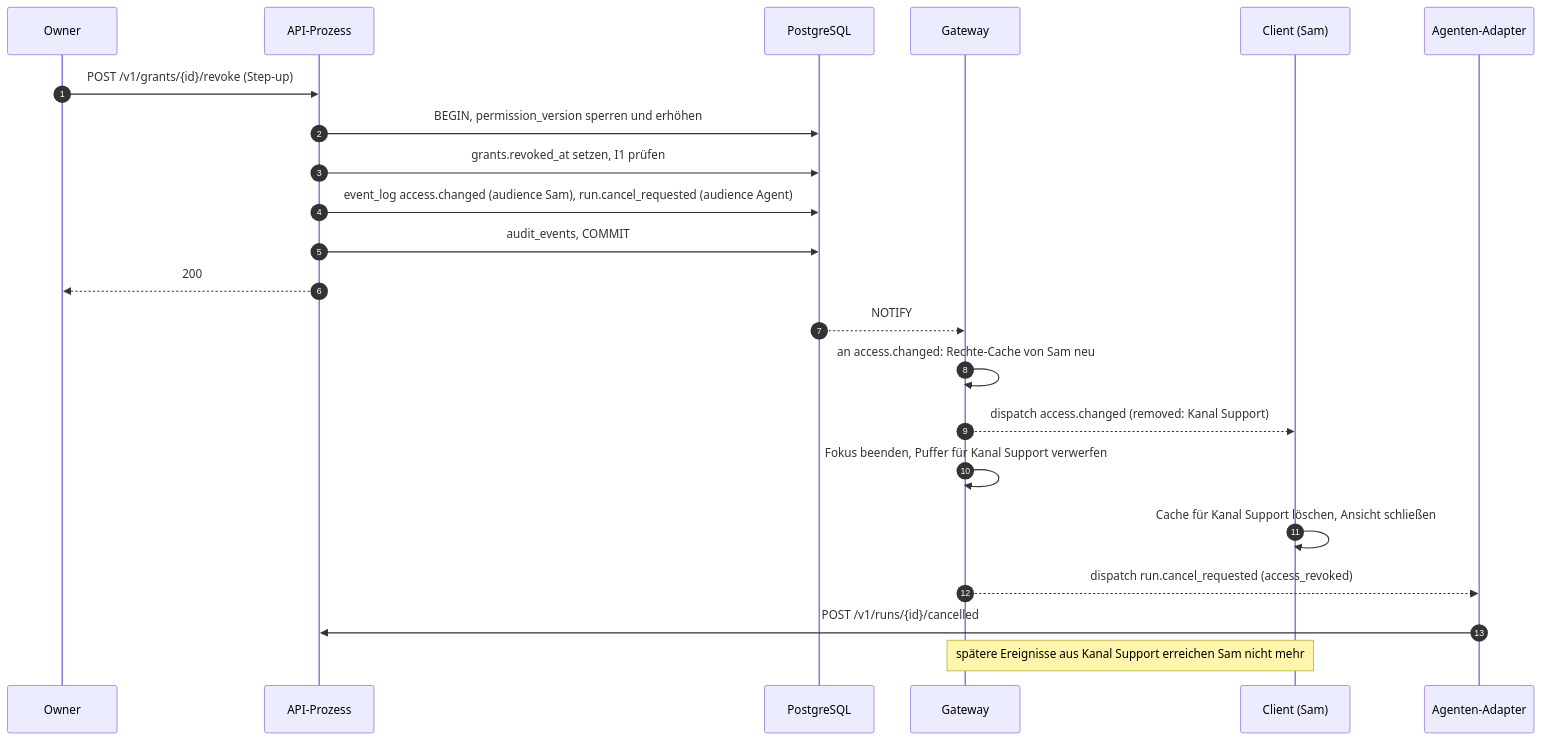
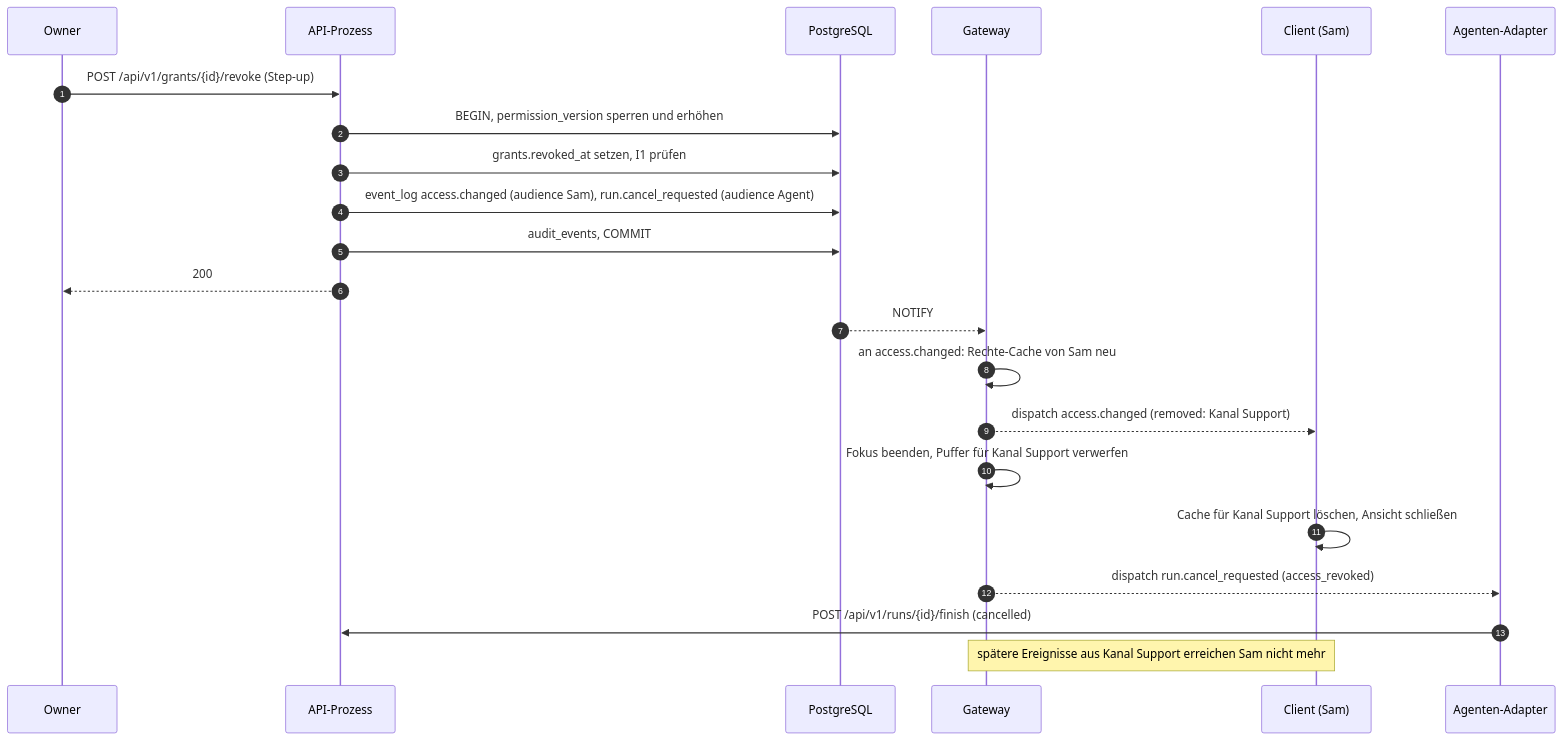
Before and after one commit to mguttmann/bothy: the fourth of 5 diagrams in docs/spec/04-sync-protokoll.md, drawn with Mermaid. The commit also changed other lines of this file and 91 other files, not shown here.

````diff
--- a/docs/spec/04-sync-protokoll.md
+++ b/docs/spec/04-sync-protokoll.md
@@ -695,24 +840,24 @@
 ```mermaid
 sequenceDiagram
     autonumber
     participant O as Owner
     participant API as API-Prozess
     participant DB as PostgreSQL
     participant GW as Gateway
     participant S as Client (Sam)
     participant A as Agenten-Adapter
-    O->>API: POST /v1/grants/{id}/revoke (Step-up)
+    O->>API: POST /api/v1/grants/{id}/revoke (Step-up)
     API->>DB: BEGIN, permission_version sperren und erhöhen
     API->>DB: grants.revoked_at setzen, I1 prüfen
     API->>DB: event_log access.changed (audience Sam), run.cancel_requested (audience Agent)
     API->>DB: audit_events, COMMIT
     API-->>O: 200
     DB-->>GW: NOTIFY
     GW->>GW: an access.changed: Rechte-Cache von Sam neu
     GW-->>S: dispatch access.changed (removed: Kanal Support)
     GW->>GW: Fokus beenden, Puffer für Kanal Support verwerfen
     S->>S: Cache für Kanal Support löschen, Ansicht schließen
     GW-->>A: dispatch run.cancel_requested (access_revoked)
-    A->>API: POST /v1/runs/{id}/cancelled
+    A->>API: POST /api/v1/runs/{id}/finish (cancelled)
     Note over GW,S: spätere Ereignisse aus Kanal Support erreichen Sam nicht mehr
 ```
````
